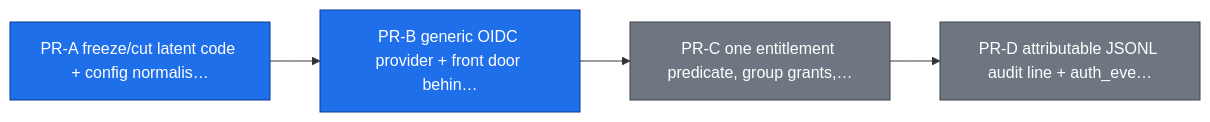
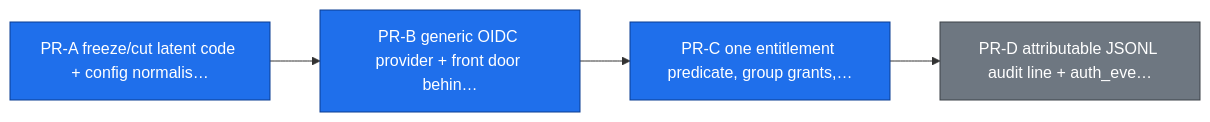
One commit to smart-mcp-proxy/mcpproxy-go changed the tenth of 24 diagrams in ROADMAP.md. Above: the diagram before and after it, drawn with Mermaid. The commit also changed other lines of this file and 1 other file, not shown here.

Commit message:
docs(roadmap): link PR-C

````diff
--- a/ROADMAP.md
+++ b/ROADMAP.md
@@ -415,16 +415,16 @@
 ```mermaid
 graph LR
   sso_pr_a_freeze_cut["PR-A freeze/cut latent code + config normalis…"]
   sso_pr_b_oidc_front_door["PR-B generic OIDC provider + front door behin…"]
   sso_pr_c_group_allowlist["PR-C one entitlement predicate, group grants,…"]
   sso_pr_d_audit_line["PR-D attributable JSONL audit line + auth_eve…"]
 
   sso_pr_a_freeze_cut --> sso_pr_b_oidc_front_door
   sso_pr_b_oidc_front_door --> sso_pr_c_group_allowlist
   sso_pr_c_group_allowlist --> sso_pr_d_audit_line
 
   classDef in_progress fill:#1f6feb,stroke:#0b3d91,color:#ffffff;
   classDef todo fill:#6e7781,stroke:#3d4248,color:#ffffff;
-  class sso_pr_a_freeze_cut,sso_pr_b_oidc_front_door in_progress;
-  class sso_pr_c_group_allowlist,sso_pr_d_audit_line todo;
+  class sso_pr_a_freeze_cut,sso_pr_b_oidc_front_door,sso_pr_c_group_allowlist in_progress;
+  class sso_pr_d_audit_line todo;
 ```
````
